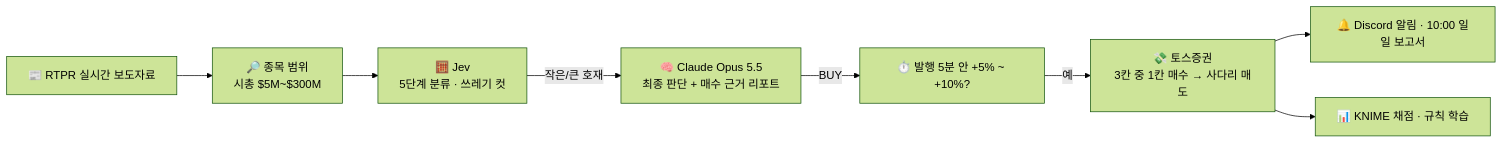
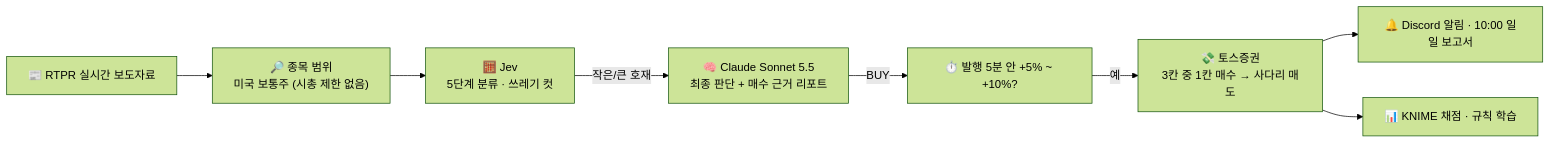
One commit to junsungma1022/How_To_Become_Warren_Buffett changed the diagram in README.md. Above: the diagram before and after it, drawn with Mermaid (forest theme). The commit also changed other lines of this file and 4 other files, not shown here.

````diff
--- a/README.md
+++ b/README.md
@@ -11,10 +11,10 @@
 ```mermaid
 flowchart LR
-    N["📰 RTPR 실시간 보도자료"] --> U["🔎 종목 범위<br/>시총 $5M~$300M"]
+    N["📰 RTPR 실시간 보도자료"] --> U["🔎 종목 범위<br/>미국 보통주 (시총 제한 없음)"]
     U --> J["🧮 Jev<br/>5단계 분류 · 쓰레기 컷"]
-    J -- "작은/큰 호재" --> C["🧠 Claude Opus 5.5<br/>최종 판단 + 매수 근거 리포트"]
+    J -- "작은/큰 호재" --> C["🧠 Claude Sonnet 5.5<br/>최종 판단 + 매수 근거 리포트"]
     C -- BUY --> W["⏱️ 발행 5분 안 +5% ~ +10%?"]
     W -- 예 --> T["💸 토스증권<br/>3칸 중 1칸 매수 → 사다리 매도"]
     T --> D["🔔 Discord 알림 · 10:00 일일 보고서"]
     T --> K["📊 KNIME 채점 · 규칙 학습"]
 ```
````
